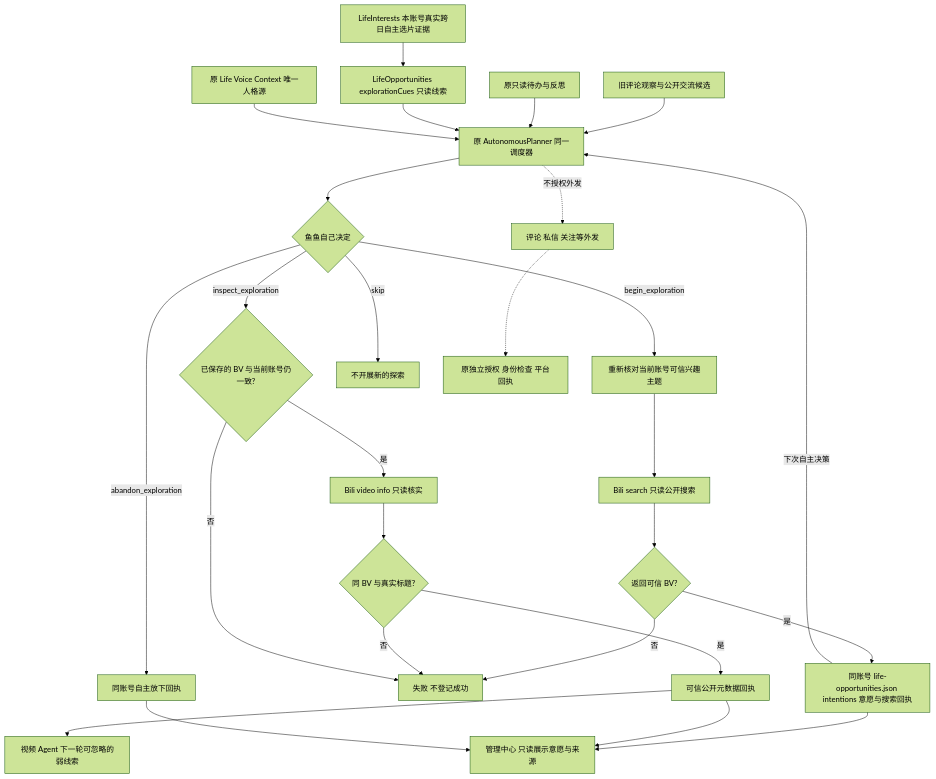
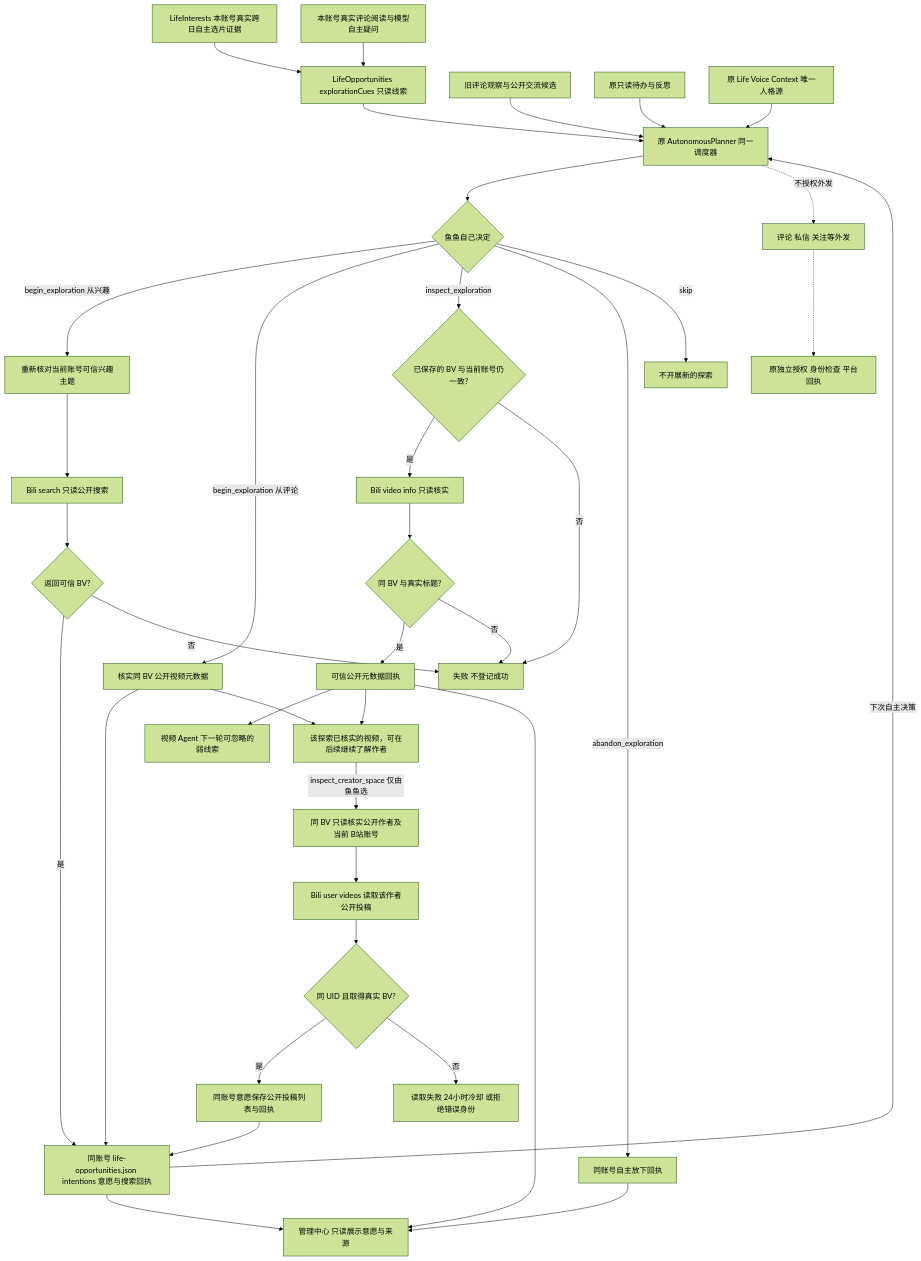
One commit to minedalang/dsh-dafeiyu-life changed the diagram in docs/architecture/diagrams/2.7.1-dev3-unified-life-intentions-live.mmd. Above: the diagram before and after it, drawn with Mermaid (forest theme). The commit also changed 10 other files, not shown here.

```diff
--- a/docs/architecture/diagrams/2.7.1-dev3-unified-life-intentions-live.mmd
+++ b/docs/architecture/diagrams/2.7.1-dev3-unified-life-intentions-live.mmd
@@ -1,27 +1,38 @@
 flowchart TD
   A[LifeInterests 本账号真实跨日自主选片证据] --> B[LifeOpportunities explorationCues 只读线索]
+  C[本账号真实评论阅读与模型自主疑问] --> B
   D[旧评论观察与公开交流候选] --> E[原 AutonomousPlanner 同一调度器]
   T[原只读待办与反思] --> E
   B --> E
   V[原 Life Voice Context 唯一人格源] --> E
   E --> F{鱼鱼自己决定}
-  F -->|begin_exploration| G[重新核对当前账号可信兴趣主题]
+  F -->|begin_exploration 从兴趣| G[重新核对当前账号可信兴趣主题]
+  F -->|begin_exploration 从评论| U[核实同 BV 公开视频元数据]
+  U --> J
   G --> H[Bili search 只读公开搜索]
   H --> I{返回可信 BV?}
   I -->|是| J[同账号 life-opportunities.json intentions 意愿与搜索回执]
   I -->|否| N[失败 不登记成功]
   J -->|下次自主决策| E
   F -->|inspect_exploration| K{已保存的 BV 与当前账号仍一致?}
   K -->|是| L[Bili video info 只读核实]
   L --> M{同 BV 与真实标题?}
   M -->|是| O[可信公开元数据回执]
   M -->|否| N
   K -->|否| N
   O --> P[视频 Agent 下一轮可忽略的弱线索]
+  O --> Z[该探索已核实的视频，可在后续继续了解作者]
+  U --> Z
+  Z -->|inspect_creator_space 仅由鱼鱼选| AA[同 BV 只读核实公开作者及当前 B站账号]
+  AA --> AB[Bili user videos 读取该作者公开投稿]
+  AB --> AC{同 UID 且取得真实 BV?}
+  AC -->|是| AD[同账号意愿保存公开投稿列表与回执]
+  AC -->|否| AE[读取失败 24小时冷却 或拒绝错误身份]
+  AD --> J
   F -->|abandon_exploration| Q[同账号自主放下回执]
   F -->|skip| R[不开展新的探索]
   J --> S[管理中心 只读展示意愿与来源]
   O --> S
   Q --> S
   X[评论 私信 关注等外发] -.-> Y[原独立授权 身份检查 平台回执]
   E -.->|不授权外发| X
```
